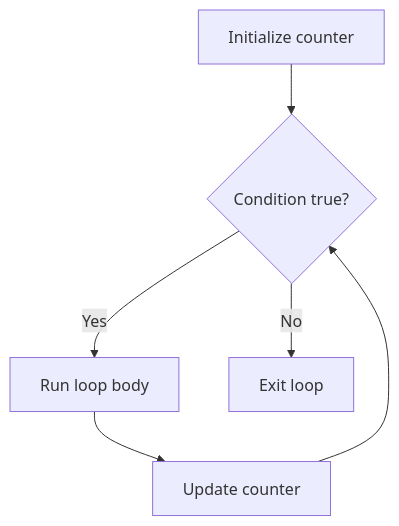
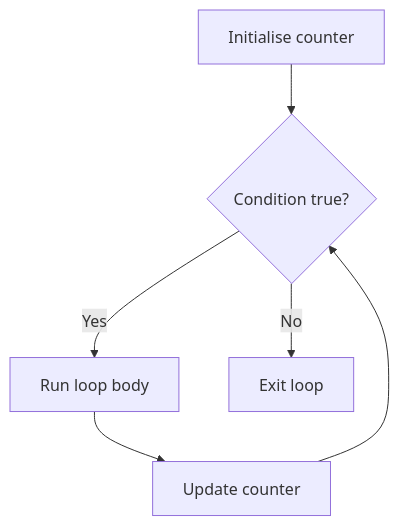
One commit to zbdd/code-course changed the first of 2 diagrams in lessons/002-control-flow/README.md. Above: the diagram before and after it, drawn with Mermaid. The commit also changed other lines of this file and 2 other files, not shown here.

````diff
--- a/lessons/002-control-flow/README.md
+++ b/lessons/002-control-flow/README.md
@@ -9,8 +9,8 @@
 ```mermaid
 flowchart TD
-    A[Initialize counter] --> B{Condition true?}
+    A[Initialise counter] --> B{Condition true?}
     B -- Yes --> C[Run loop body]
     C --> D[Update counter]
     D --> B
     B -- No --> E[Exit loop]
 ```
````
